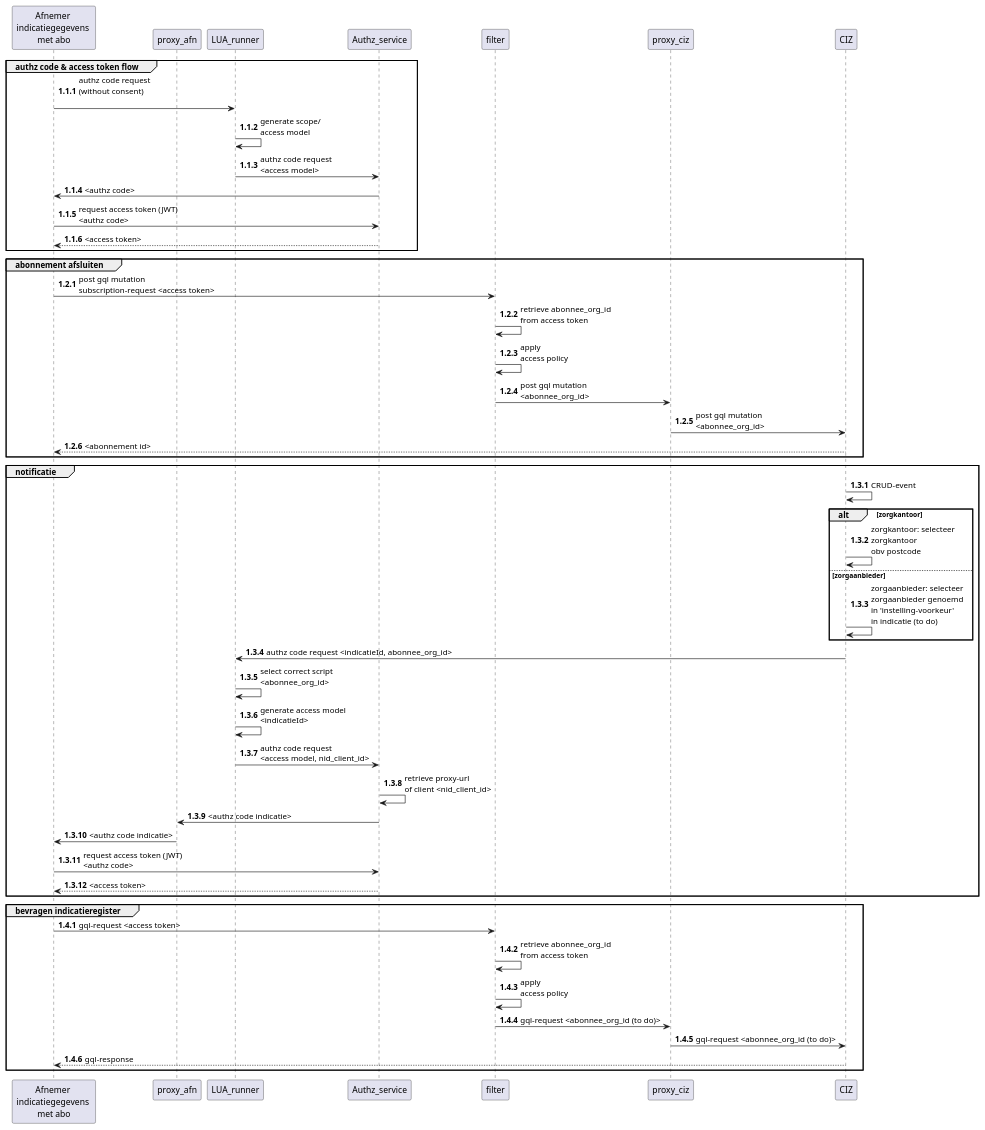
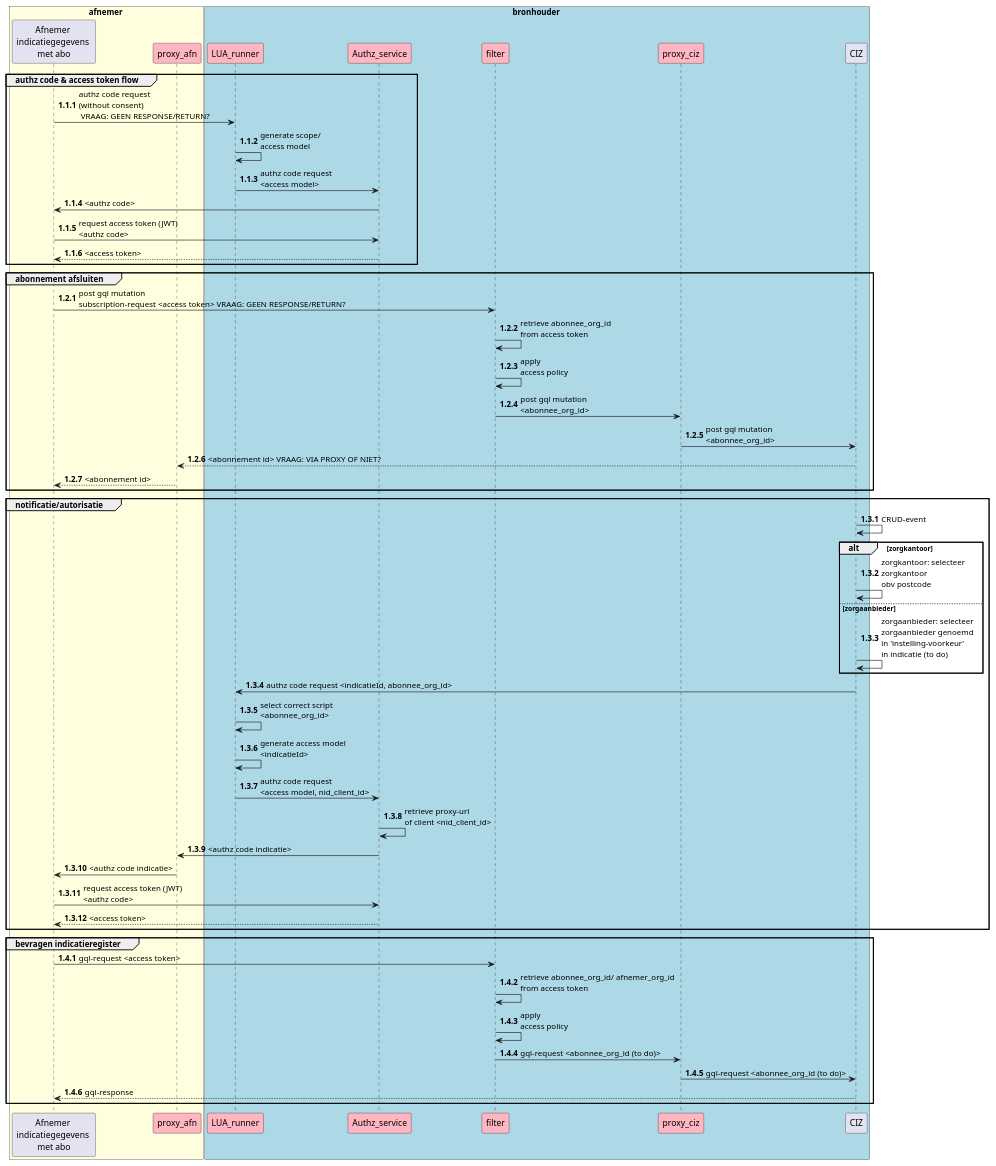
The diagram in sequentie_iwlz_nid_indicatieregister_raadplegen_met_abo.puml (jorritspee/plantuml-zorginzage-babyconnect), drawn with PlantUML before and after one commit.

Commit message:
Update sequentie_iwlz_nid_indicatieregister_raadplegen_met_abo.puml
included organisational boundaries

```diff
--- a/sequentie_iwlz_nid_indicatieregister_raadplegen_met_abo.puml
+++ b/sequentie_iwlz_nid_indicatieregister_raadplegen_met_abo.puml
@@ -1,54 +1,59 @@
 @startuml
 autonumber 1.1.1
-participant "Afnemer \nindicatiegegevens \nmet abo" as ZK1
-participant proxy_afn as proxy_afn
-participant LUA_runner as LUA
-participant Authz_service as authz
-participant filter as filter
-participant proxy_ciz as proxy
+box afnemer #lightyellow
+participant "Afnemer \nindicatiegegevens \nmet abo" as ZK1 
+participant proxy_afn as proxy_afn #lightpink
+end box
+box bronhouder #lightblue
+participant LUA_runner as LUA #lightpink
+participant Authz_service as authz #lightpink
+participant filter as filter #lightpink
+participant proxy_ciz as proxy #lightpink
 participant CIZ as ciz
+end box
 group authz code & access token flow
-  ZK1 -> LUA : authz code request\n(without consent)\n
+  ZK1 -> LUA : authz code request\n(without consent)\n VRAAG: GEEN RESPONSE/RETURN?
   LUA -> LUA : generate scope/\naccess model
   LUA -> authz : authz code request \n<access model>
   authz -> ZK1 : <authz code>
   ZK1 -> authz : request access token (JWT)\n<authz code>
   ZK1 <-- authz : <access token>
 end
 group abonnement afsluiten
   autonumber inc b
-  ZK1 -> filter : post gql mutation \nsubscription-request <access token>
+  ZK1 -> filter : post gql mutation \nsubscription-request <access token> VRAAG: GEEN RESPONSE/RETURN?
   filter -> filter: retrieve abonnee_org_id \nfrom access token
   filter -> filter: apply \naccess policy
   filter -> proxy : post gql mutation \n<abonnee_org_id>
   proxy -> ciz : post gql mutation \n<abonnee_org_id>
-  ciz --> ZK1 : <abonnement id>
+  ciz --> proxy_afn : <abonnement id> VRAAG: VIA PROXY OF NIET?
+  proxy_afn --> ZK1 : <abonnement id>
 end
-group notificatie
+group notificatie/autorisatie
   autonumber inc b  
   ciz -> ciz : CRUD-event
   alt zorgkantoor 
     ciz -> ciz : zorgkantoor: selecteer \nzorgkantoor \nobv postcode
   else zorgaanbieder
     ciz -> ciz : zorgaanbieder: selecteer \nzorgaanbieder genoemd \nin 'instelling-voorkeur' \nin indicatie (to do)
   end
   ciz -> LUA : authz code request <indicatieId, abonnee_org_id>
   LUA -> LUA : select correct script \n<abonnee_org_id>
   LUA -> LUA : generate access model \n<indicatieId>
   LUA -> authz : authz code request \n<access model, nid_client_id>
   authz -> authz : retrieve proxy-url \nof client <nid_client_id>
   authz -> proxy_afn : <authz code indicatie>
   proxy_afn -> ZK1 : <authz code indicatie> 
   ZK1 -> authz : request access token (JWT)\n<authz code>
-  ZK1 <-- authz : <access token>
+  ZK1 <-- authz : <access token> 
 end
 group bevragen indicatieregister
   autonumber inc b  
   ZK1 -> filter : gql-request <access token>
-  filter -> filter: retrieve abonnee_org_id \nfrom access token
+  filter -> filter: retrieve abonnee_org_id/ afnemer_org_id \nfrom access token
   filter -> filter: apply \naccess policy
   filter -> proxy : gql-request <abonnee_org_id (to do)>
   proxy -> ciz : gql-request <abonnee_org_id (to do)>
   ciz --> ZK1 : gql-response
 end
 @enduml
```
